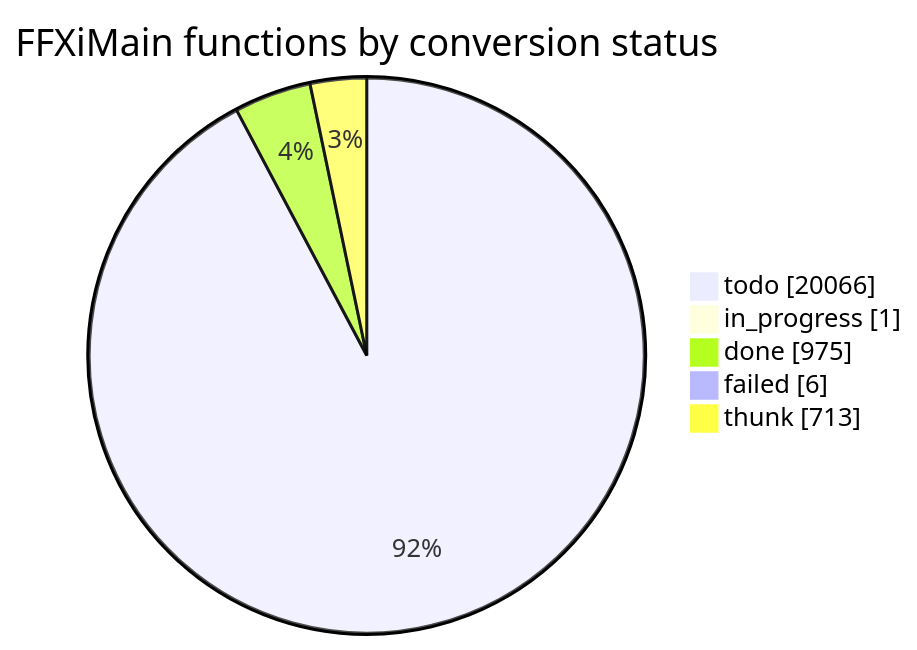
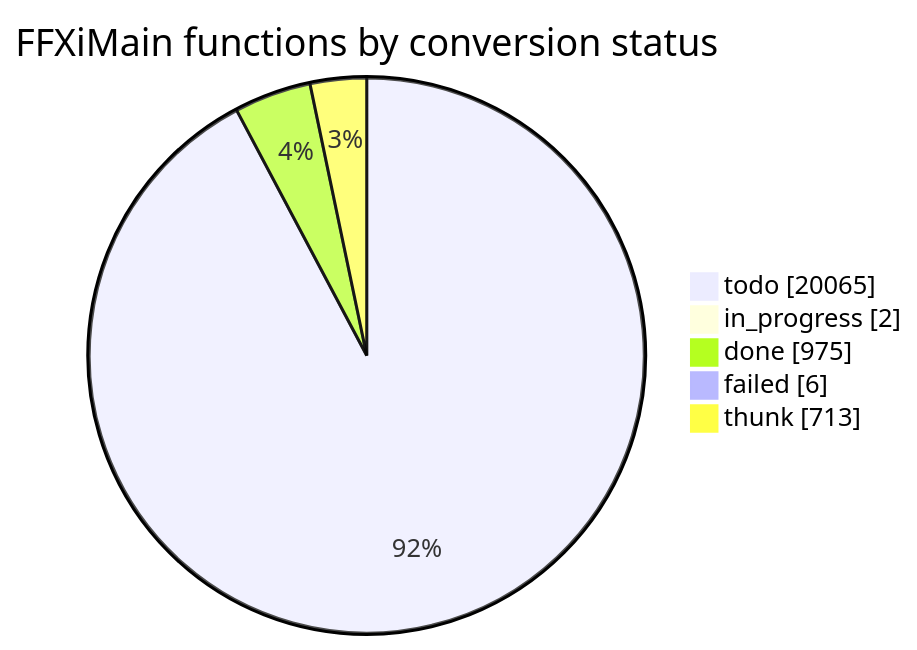
One commit to cowrevenge/cow_kuluu_xi_anything changed the diagram in docs/cow/STATUS.md. Above: the diagram before and after it, drawn with Mermaid. The commit also changed other lines of this file and 1 other file, not shown here.

````diff
--- a/docs/cow/STATUS.md
+++ b/docs/cow/STATUS.md
@@ -18,9 +18,9 @@
 ```mermaid
 pie showData
     title FFXiMain functions by conversion status
-    "todo" : 20066
-    "in_progress" : 1
+    "todo" : 20065
+    "in_progress" : 2
     "done" : 975
     "failed" : 6
     "thunk" : 713
 ```
````
